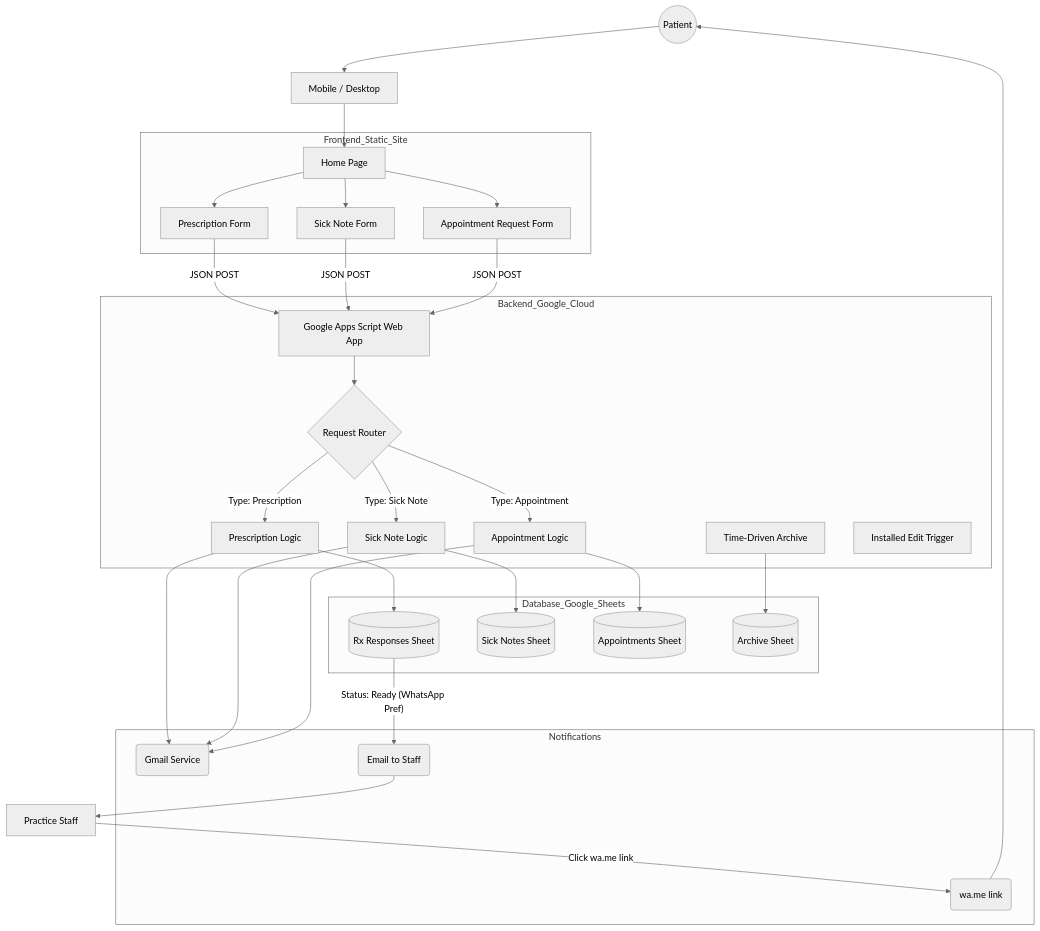
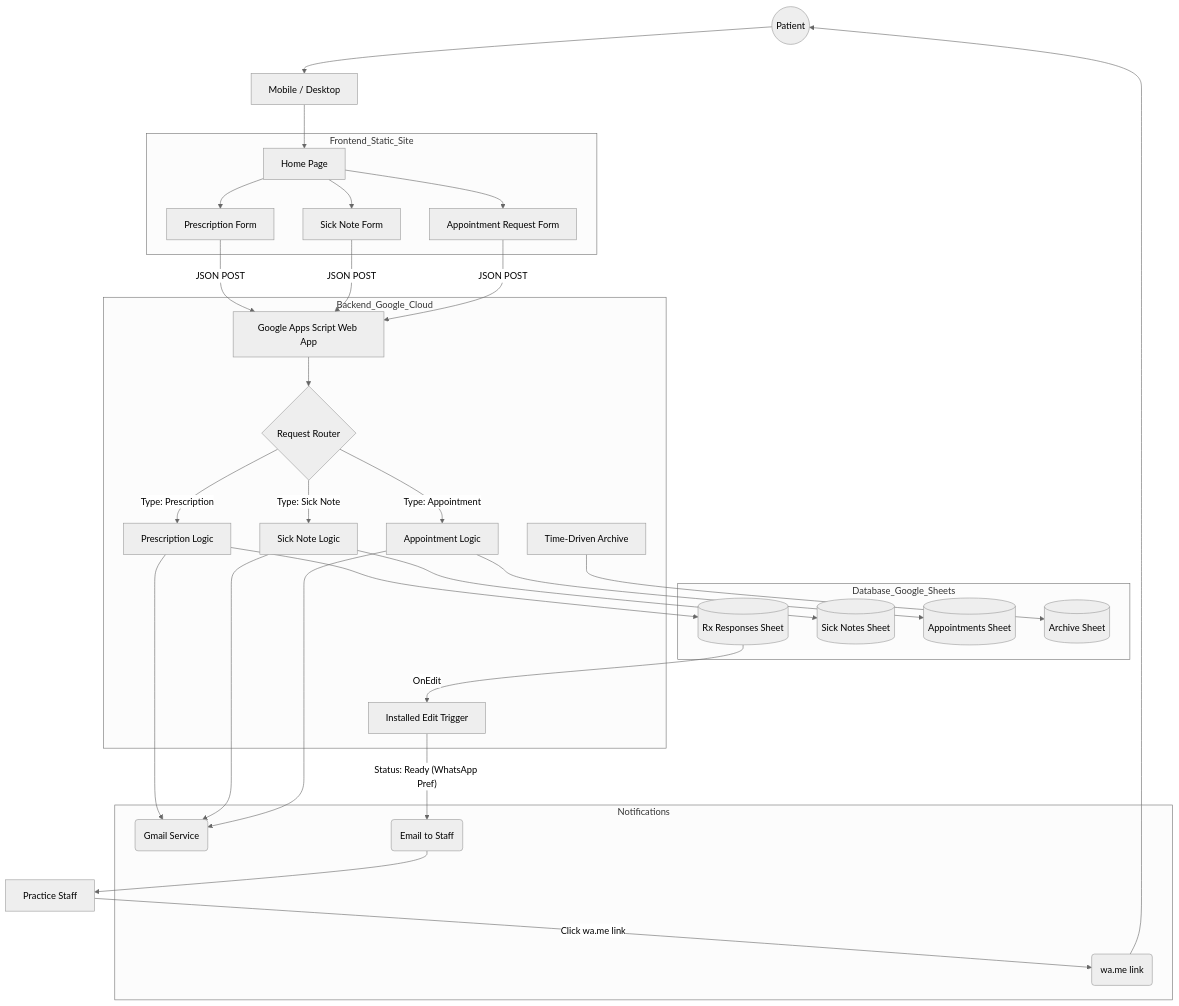
One commit to PaddyO84/GPSurgeryV1 changed the diagram in SALES_PROPOSAL.md. Above: the diagram before and after it, drawn with Mermaid (neutral theme). The commit also changed other lines of this file and 37 other files, not shown here.

````diff
--- a/SALES_PROPOSAL.md
+++ b/SALES_PROPOSAL.md
@@ -55,65 +55,66 @@
 ```mermaid
 graph TD
     User((Patient))
     Device[Mobile / Desktop]
     Staff[Practice Staff]
 
     subgraph Frontend_Static_Site
         Home[Home Page]
         RxForm[Prescription Form]
         SickForm[Sick Note Form]
         ApptForm[Appointment Request Form]
     end
 
     subgraph Backend_Google_Cloud
         GAS[Google Apps Script Web App]
         Router{Request Router}
         RxLogic[Prescription Logic]
         SickLogic[Sick Note Logic]
         ApptLogic[Appointment Logic]
         Trigger[Time-Driven Archive]
         EditTrigger[Installed Edit Trigger]
     end
 
     subgraph Database_Google_Sheets
         Sheet1[(Rx Responses Sheet)]
         Sheet2[(Sick Notes Sheet)]
         Sheet3[(Appointments Sheet)]
         Archive[(Archive Sheet)]
     end
 
     subgraph Notifications
         Email(Gmail Service)
         StaffEmail(Email to Staff)
         WA(wa.me link)
     end
 
     User --> Device
     Device --> Home
     Home --> RxForm
     Home --> SickForm
     Home --> ApptForm
 
     RxForm -- JSON POST --> GAS
     SickForm -- JSON POST --> GAS
     ApptForm -- JSON POST --> GAS
 
     GAS --> Router
     Router -- "Type: Prescription" --> RxLogic
     Router -- "Type: Sick Note" --> SickLogic
     Router -- "Type: Appointment" --> ApptLogic
 
     RxLogic --> Sheet1
     SickLogic --> Sheet2
     ApptLogic --> Sheet3
 
     RxLogic --> Email
     SickLogic --> Email
     ApptLogic --> Email
 
-    Sheet1 -- "Status: Ready (WhatsApp Pref)" --> StaffEmail
+    Sheet1 -- "OnEdit" --> EditTrigger
+    EditTrigger -- "Status: Ready (WhatsApp Pref)" --> StaffEmail
     StaffEmail --> Staff
     Staff -- "Click wa.me link" --> WA
     WA --> User
     Trigger --> Archive
 ```
````
